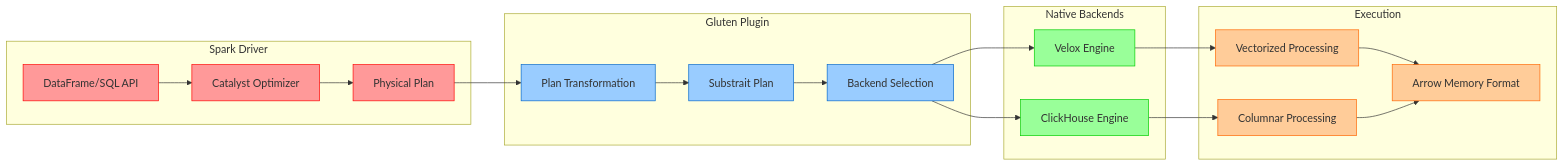
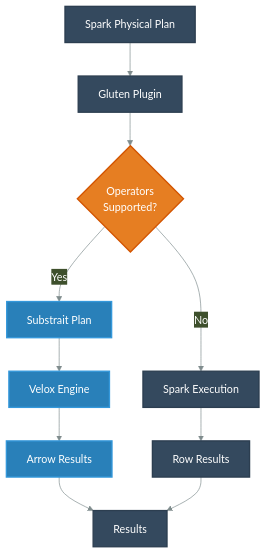
One commit to awslabs/data-on-eks changed the second of 2 diagrams in website/docs/benchmarks/spark-operator-benchmark/spark-gluten-velox-benchmark.md. Above: the diagram before and after it, drawn with Mermaid. The commit also changed other lines of this file and 14 other files, not shown here.

Commit message:
Gluten Velox Benchmark Results website doc added

````diff
--- a/website/docs/benchmarks/spark-operator-benchmark/spark-gluten-velox-benchmark.md
+++ b/website/docs/benchmarks/spark-operator-benchmark/spark-gluten-velox-benchmark.md
@@ -69,35 +295,23 @@
 ```mermaid
-graph LR
-    subgraph "Spark Driver"
-        A[DataFrame/SQL API] --> B[Catalyst Optimizer]
-        B --> C[Physical Plan]
-    end
+%%{init: {'theme':'base', 'themeVariables': { 'primaryColor': '#2c3e50', 'primaryTextColor': '#ffffff', 'primaryBorderColor': '#34495e', 'lineColor': '#7f8c8d'}}}%%
+flowchart TD
+    SP["Spark Physical Plan"] --> GP["Gluten Plugin"]
+    GP --> D{"Operators<br/>Supported?"}
 
-    subgraph "Gluten Plugin"
-        C --> D[Plan Transformation]
-        D --> E[Substrait Plan]
-        E --> F[Backend Selection]
-    end
+    D -->|Yes| SP1["Substrait Plan"]
+    SP1 --> VE["Velox Engine"]
+    VE --> AR["Arrow Results"]
 
-    subgraph "Native Backends"
-        F --> G[Velox Engine]
-        F --> H[ClickHouse Engine]
-    end
+    D -->|No| SE["Spark Execution"]
+    SE --> RR["Row Results"]
 
-    subgraph "Execution"
-        G --> I[Vectorized Processing]
-        H --> J[Columnar Processing]
-        I --> K[Arrow Memory Format]
-        J --> K
-    end
+    AR --> R["Results"]
+    RR --> R
 
-    classDef spark fill:#ff9999,stroke:#ff0000
-    classDef gluten fill:#99ccff,stroke:#0066cc
-    classDef backend fill:#99ff99,stroke:#00cc00
-    classDef execution fill:#ffcc99,stroke:#ff6600
+    classDef default fill:#34495e,stroke:#2c3e50,stroke-width:2px,color:#ffffff
+    classDef velox fill:#2980b9,stroke:#3498db,stroke-width:2px,color:#ffffff
+    classDef decision fill:#e67e22,stroke:#d35400,stroke-width:2px,color:#ffffff
 
-    class A,B,C spark
-    class D,E,F gluten
-    class G,H backend
-    class I,J,K execution
+    class SP1,VE,AR velox
+    class D decision
 ```
````
